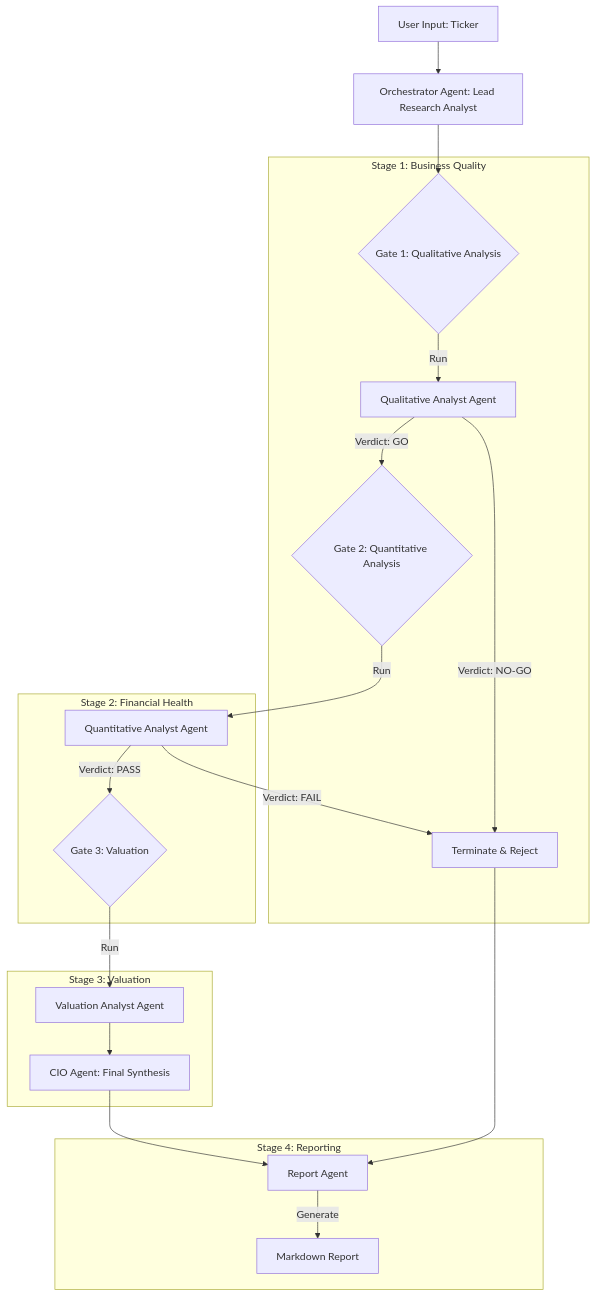
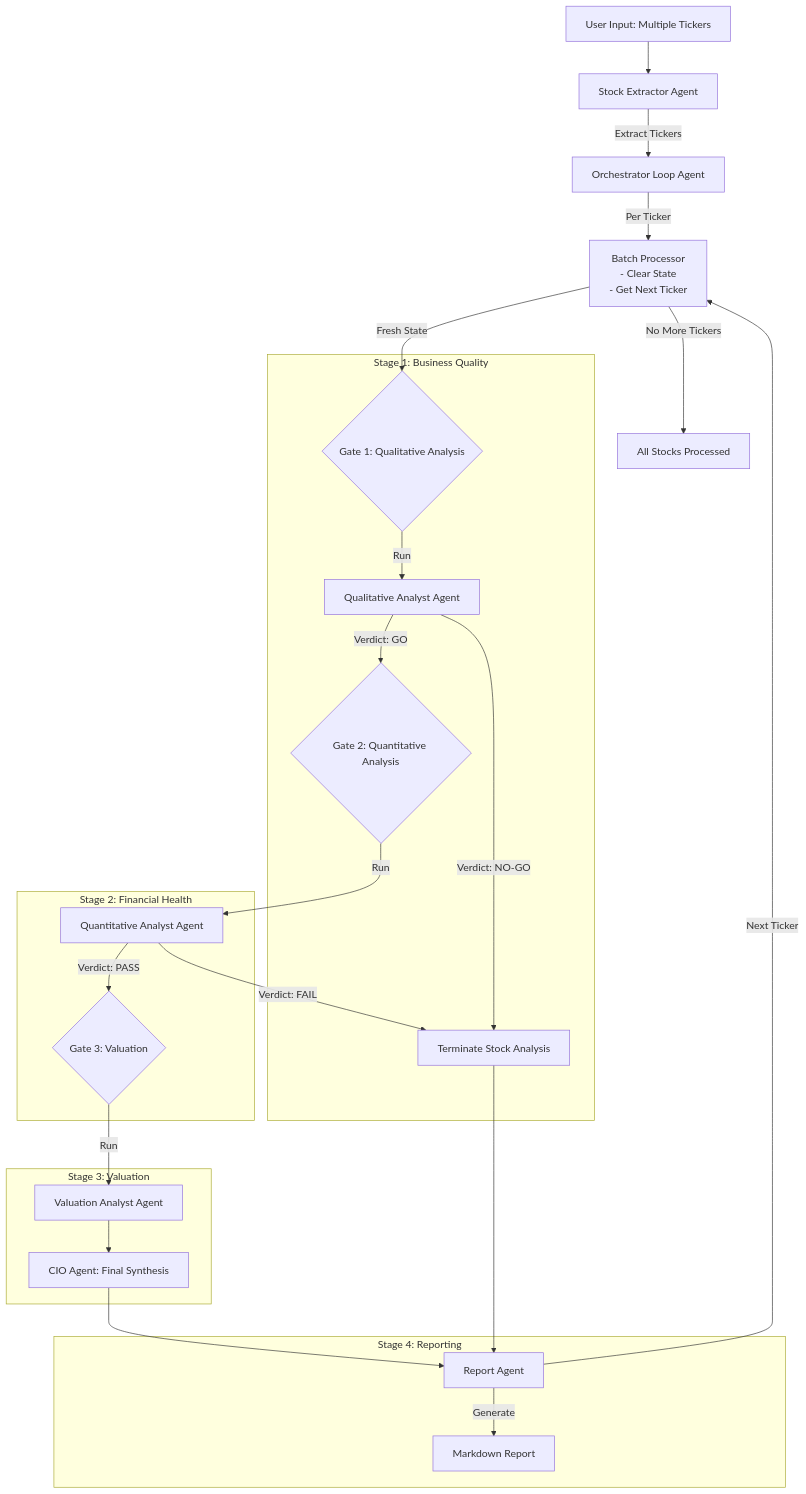
Before and after one commit to JeraldPeter/AIAgents: the diagram in stockreserchagent/README.md, drawn with Mermaid. The commit also changed other lines of this file and 1 other file, not shown here.

````diff
--- a/stockreserchagent/README.md
+++ b/stockreserchagent/README.md
@@ -36,29 +35,36 @@
 ```mermaid
 graph TD
-    User[User Input: Ticker] --> Orchestrator[Orchestrator Agent: Lead Research Analyst]
-    Orchestrator --> Gate1{Gate 1: Qualitative Analysis}
+    User[User Input: Multiple Tickers] --> Extractor[Stock Extractor Agent]
+    Extractor -->|Extract Tickers| Loop[Orchestrator Loop Agent]
+    
+    Loop -->|Per Ticker| Batch[Batch Processor<br/>- Clear State<br/>- Get Next Ticker]
+    
+    Batch -->|Fresh State| Gate1{Gate 1: Qualitative Analysis}
     
     subgraph "Stage 1: Business Quality"
         Gate1 -->|Run| QualAgent[Qualitative Analyst Agent]
         QualAgent -->|Verdict: GO| Gate2{Gate 2: Quantitative Analysis}
-        QualAgent -->|Verdict: NO-GO| Reject[Terminate & Reject]
+        QualAgent -->|Verdict: NO-GO| Reject[Terminate Stock Analysis]
     end
     
     subgraph "Stage 2: Financial Health"
         Gate2 -->|Run| QuantAgent[Quantitative Analyst Agent]
         QuantAgent -->|Verdict: PASS| Gate3{Gate 3: Valuation}
         QuantAgent -->|Verdict: FAIL| Reject
     end
     
     subgraph "Stage 3: Valuation"
         Gate3 -->|Run| ValAgent[Valuation Analyst Agent]
         ValAgent --> CIO[CIO Agent: Final Synthesis]
     end
     
     subgraph "Stage 4: Reporting"
         CIO --> ReportAgent[Report Agent]
         ReportAgent -->|Generate| MD[Markdown Report]
     end
     
     Reject --> ReportAgent
+    ReportAgent -->|Next Ticker| Batch
+    
+    Batch -->|No More Tickers| Complete[All Stocks Processed]
 ```
````
